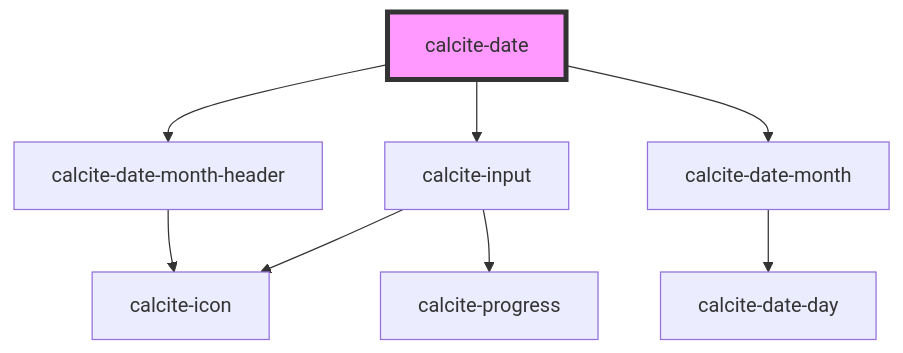
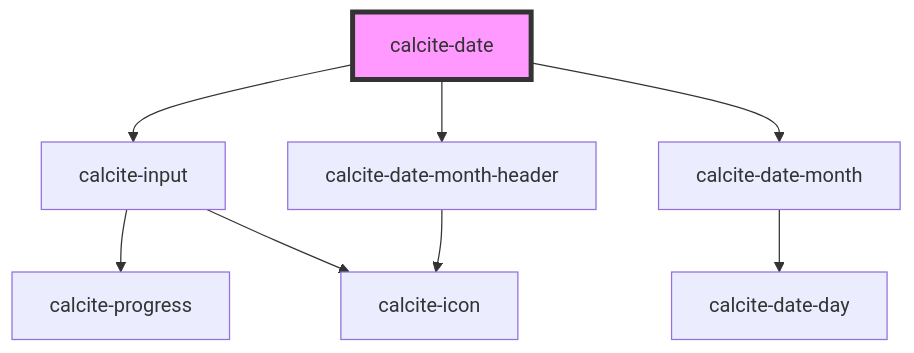
The diagram in src/components/calcite-date/readme.md (vikivakarvc/calcite-design-system), drawn with Mermaid before and after one commit. The commit also changed other lines of this file and 10 other files, not shown here.

````diff
--- a/src/components/calcite-date/readme.md
+++ b/src/components/calcite-date/readme.md
@@ -52,11 +52,11 @@
 ```mermaid
 graph TD;
   calcite-date --> calcite-input
   calcite-date --> calcite-date-month-header
   calcite-date --> calcite-date-month
+  calcite-input --> calcite-progress
   calcite-input --> calcite-icon
-  calcite-input --> calcite-progress
   calcite-date-month-header --> calcite-icon
   calcite-date-month --> calcite-date-day
   style calcite-date fill:#f9f,stroke:#333,stroke-width:4px
 ```
````
